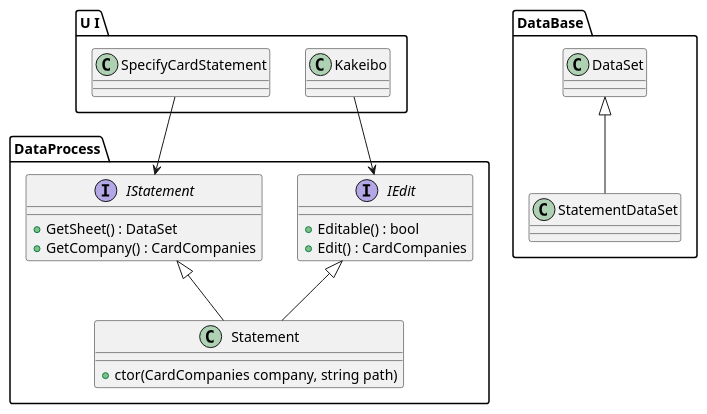
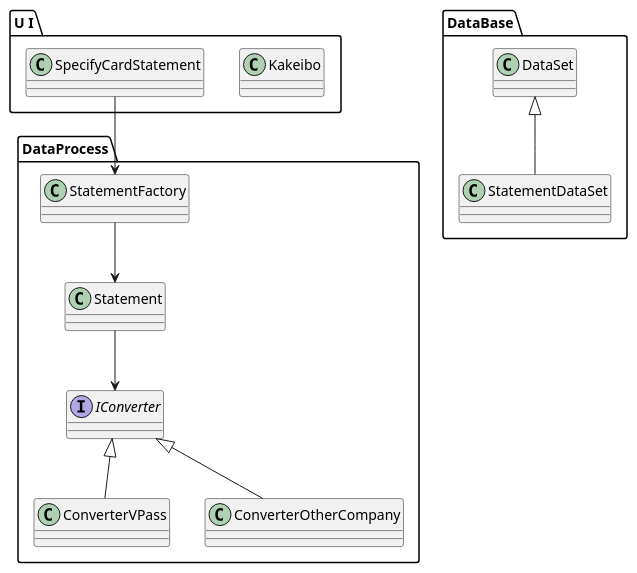
The diagram in doc/ClassDiagram.pu (HalDoggy/Kakeibo), drawn with PlantUML before and after one commit.

Commit message:
#5 : edit class diaglam

```diff
--- a/doc/ClassDiagram.pu
+++ b/doc/ClassDiagram.pu
@@ -1,49 +1,58 @@
 @startuml
 
 package "U I" {
   class Kakeibo
   {
 
   }
 
   class SpecifyCardStatement
   {
 
   }
 }
 
 package DataProcess {
-  interface IStatement{
-    +GetSheet() : DataSet
-    +GetCompany() : CardCompanies
+  interface IConverter{
+  }
+
+  Class ConverterVPass{
+  }
+
+  Class ConverterOtherCompany{
   }
 
   class Statement{
-    +ctor(CardCompanies company, string path)
   }
 
-  interface IEdit{
-    +Editable() : bool
-    +Edit() : CardCompanies
+  class StatementFactory{
   }
+
+  ' class Edit{
+  '   +Editable() : bool
+  '   +Edit() : CardCompanies
+  ' }
 }
 
 package DataBase {
   class DataSet{}
 
   class StatementDataSet{
     
   }
 }
 
 
-IStatement <|-- Statement
-IEdit <|-- Statement
 
-SpecifyCardStatement --> IStatement
-Kakeibo --> IEdit
+SpecifyCardStatement --> StatementFactory
 
+StatementFactory --> Statement
+
+Statement --> IConverter
 
 DataSet <|-- StatementDataSet
 
+IConverter <|-- ConverterVPass
+IConverter <|-- ConverterOtherCompany
+
 @enduml
```
